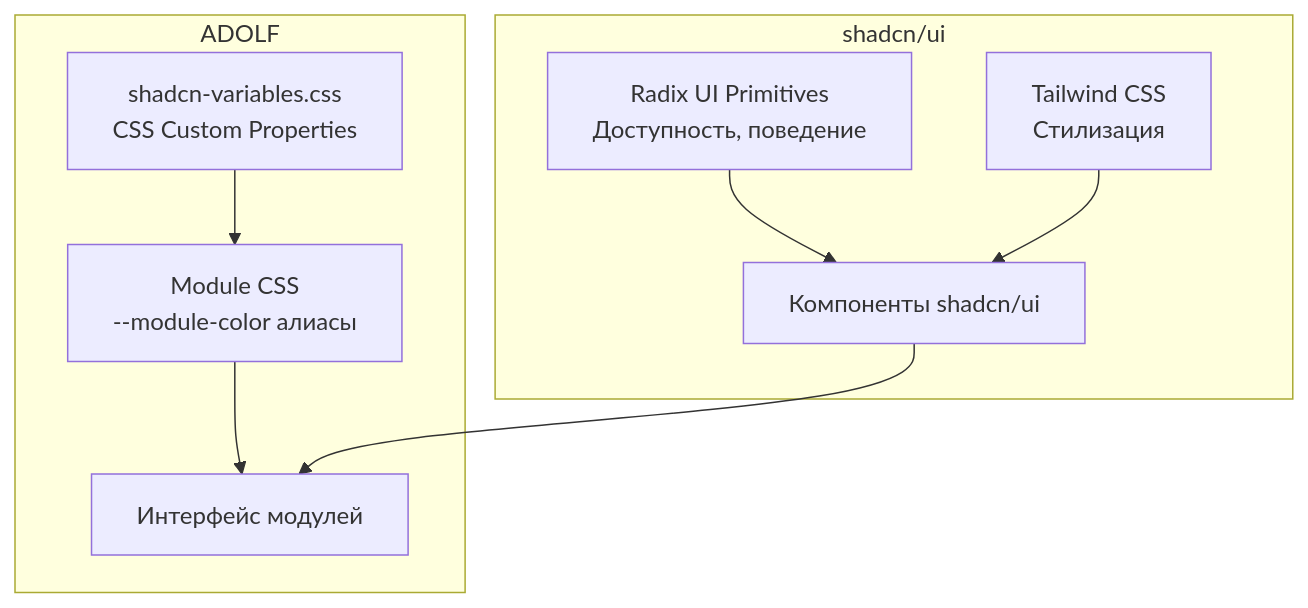
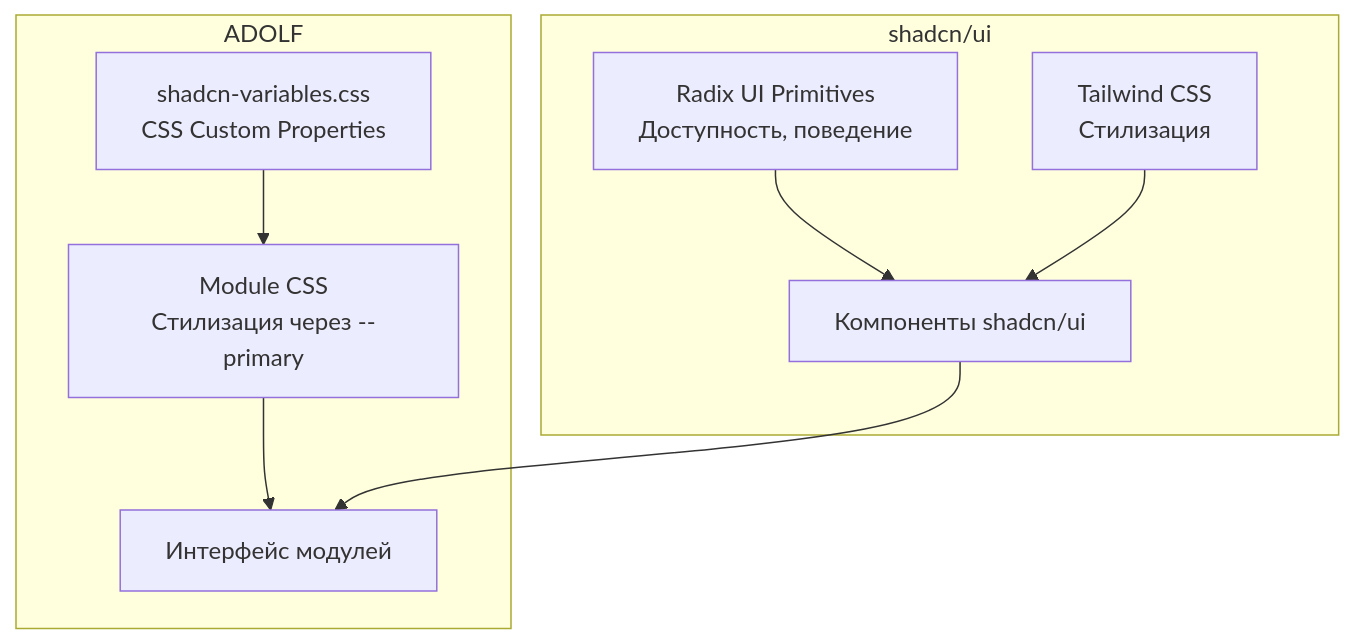
Before and after one commit to Sign25/Docs: the diagram in ui/adolf_ui_3_components.md, drawn with Mermaid. The commit also changed other lines of this file, not shown here.

Commit message:
refactor(ui): remove module colors, unify to --primary v1.1

````diff
--- a/ui/adolf_ui_3_components.md
+++ b/ui/adolf_ui_3_components.md
@@ -22,17 +22,17 @@
 ```mermaid
 flowchart TB
     subgraph SHADCN["shadcn/ui"]
         RADIX["Radix UI Primitives<br/>Доступность, поведение"]
         TAILWIND["Tailwind CSS<br/>Стилизация"]
         RADIX --> COMP["Компоненты shadcn/ui"]
         TAILWIND --> COMP
     end
 
     subgraph ADOLF["ADOLF"]
         VARS["shadcn-variables.css<br/>CSS Custom Properties"]
-        MODULE_CSS["Module CSS<br/>--module-color алиасы"]
+        MODULE_CSS["Module CSS<br/>Стилизация через --primary"]
         VARS --> MODULE_CSS
         MODULE_CSS --> UI["Интерфейс модулей"]
         COMP --> UI
     end
 ```
````
